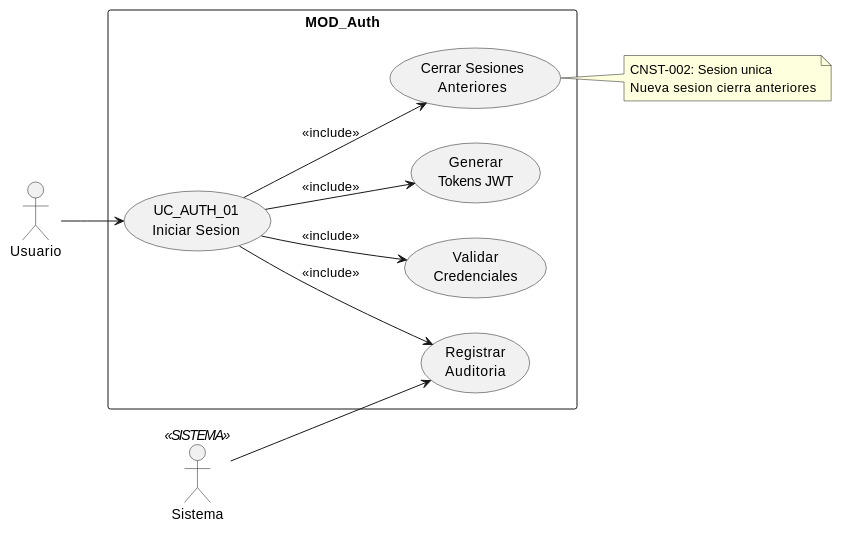
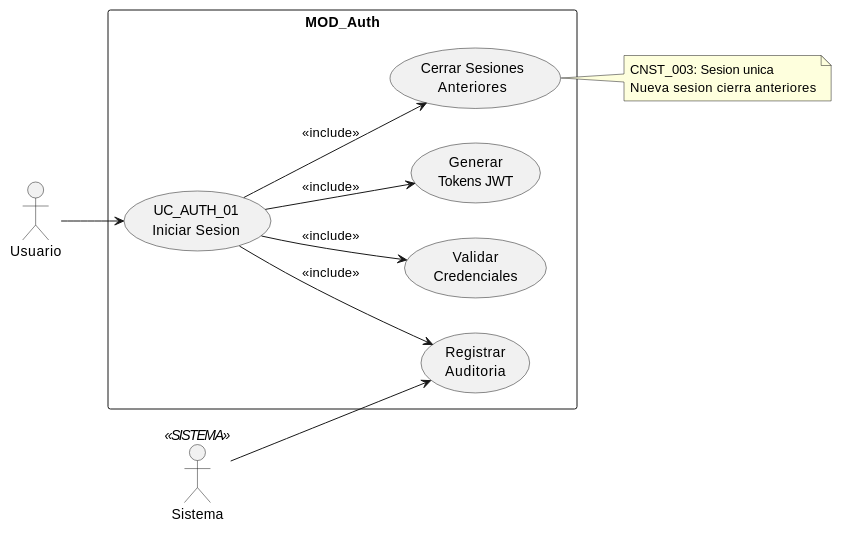
Before and after one commit to jcg-admin/IACT-docs: the first of 3 diagrams in source/requisitos/casos_uso/auth/UC_AUTH_01_Iniciar_Sesion.rst, drawn with PlantUML. The commit also changed other lines of this file and 67 other files, not shown here.

```diff
--- a/source/requisitos/casos_uso/auth/UC_AUTH_01_Iniciar_Sesion.rst
+++ b/source/requisitos/casos_uso/auth/UC_AUTH_01_Iniciar_Sesion.rst
@@ -61,31 +61,31 @@
 .. uml::
    :caption: Diagrama de Caso de Uso - UC_AUTH_01
 
    @startuml
 
    left to right direction
 
    actor "Usuario" as USER
    actor "Sistema" as SYS <<SISTEMA>>
 
    rectangle "MOD_Auth" {
      usecase "UC_AUTH_01\nIniciar Sesion" as UC01
      usecase "Validar\nCredenciales" as VAL
      usecase "Generar\nTokens JWT" as TOK
      usecase "Cerrar Sesiones\nAnteriores" as CLOSE
      usecase "Registrar\nAuditoria" as AUD
    }
 
    USER --> UC01
    UC01 --> VAL : <<include>>
    UC01 --> TOK : <<include>>
    UC01 --> CLOSE : <<include>>
    UC01 --> AUD : <<include>>
    SYS --> AUD
 
    note right of CLOSE
-     CNST-002: Sesion unica
+     CNST_003: Sesion unica
      Nueva sesion cierra anteriores
    end note
 
    @enduml
```
